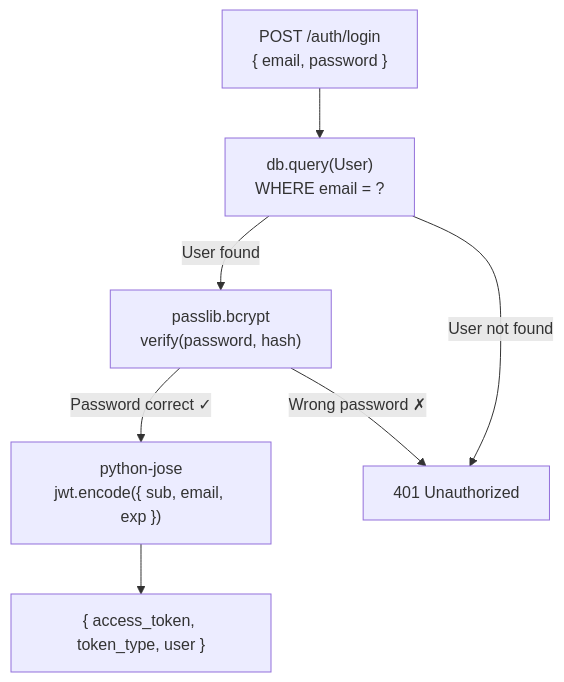
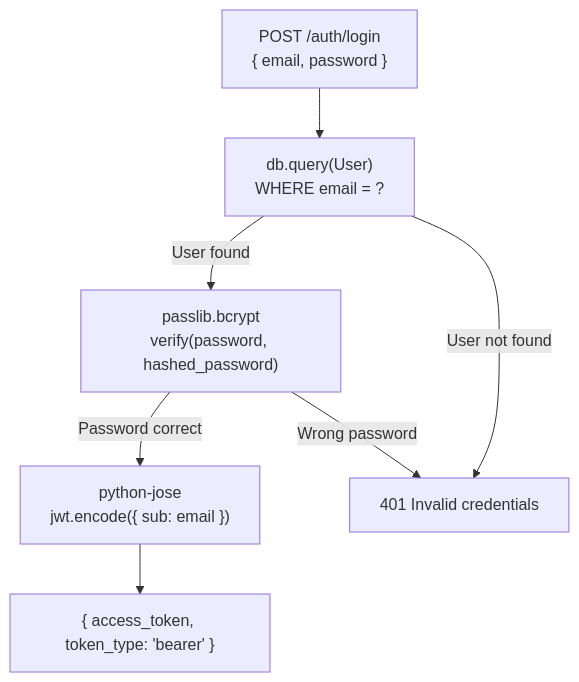
The third of 5 diagrams in docs/BACKEND.md (pvraguram/TransitOps-Smart-Transport-Operations-Platform), drawn with Mermaid before and after one commit. The commit also changed other lines of this file and 5 other files, not shown here.

````diff
--- a/docs/BACKEND.md
+++ b/docs/BACKEND.md
@@ -383,15 +312,15 @@
 ```mermaid
 flowchart TD
     Login["POST /auth/login\n{ email, password }"]
     Lookup["db.query(User)\nWHERE email = ?"]
-    Verify["passlib.bcrypt\nverify(password, hash)"]
-    Create["python-jose\njwt.encode({ sub, email, exp })"]
-    Return["{ access_token, token_type, user }"]
+    Verify["passlib.bcrypt\nverify(password, hashed_password)"]
+    Create["python-jose\njwt.encode({ sub: email })"]
+    Return["{ access_token, token_type: 'bearer' }"]
 
     Login --> Lookup
     Lookup -->|"User found"| Verify
-    Verify -->|"Password correct ✓"| Create
+    Verify -->|"Password correct"| Create
     Create --> Return
-    Verify -->|"Wrong password ✗"| HTTP401["401 Unauthorized"]
+    Verify -->|"Wrong password"| HTTP401["401 Invalid credentials"]
     Lookup -->|"User not found"| HTTP401
 ```
````
